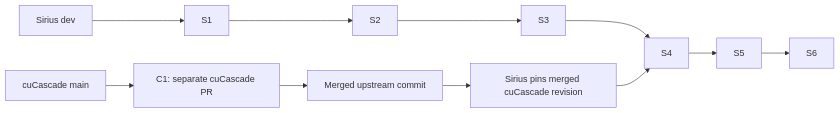
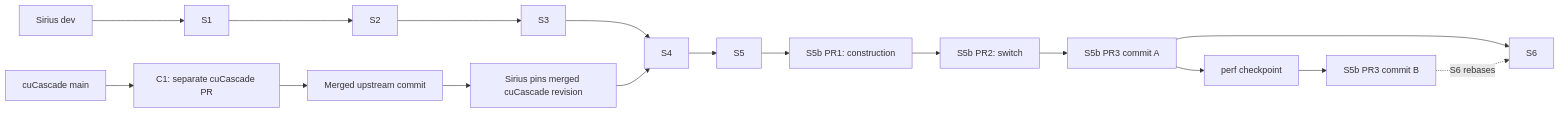
The diagram in docs/super-sirius/dynamic-filters-implementation-plan.md (sirius-db/sirius), drawn with Mermaid before and after one commit. The commit also changed other lines of this file and 11 other files, not shown here.

````diff
--- a/docs/super-sirius/dynamic-filters-implementation-plan.md
+++ b/docs/super-sirius/dynamic-filters-implementation-plan.md
@@ -112,8 +116,12 @@
 ```mermaid
 flowchart LR
-    DEV["Sirius dev"] --> S1 --> S2 --> S3 --> S4 --> S5 --> S6
+    DEV["Sirius dev"] --> S1 --> S2 --> S3 --> S4 --> S5
+    S5 --> B1["S5b PR1: construction"] --> B2["S5b PR2: switch"] --> B3A["S5b PR3 commit A"]
+    B3A --> CHK["perf checkpoint"] --> B3B["S5b PR3 commit B"]
+    B3A --> S6
+    B3B -.->|"S6 rebases"| S6
     MAIN["cuCascade main"] --> C1["C1: separate cuCascade PR"]
     C1 --> MERGED["Merged upstream commit"]
     MERGED --> PIN["Sirius pins merged cuCascade revision"]
     PIN --> S4
 ```
````
